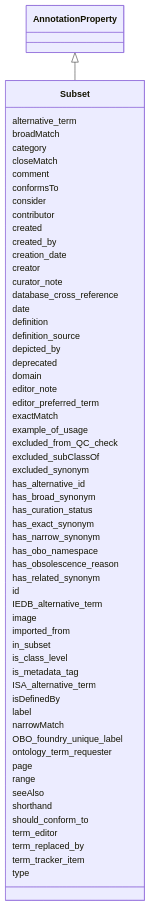
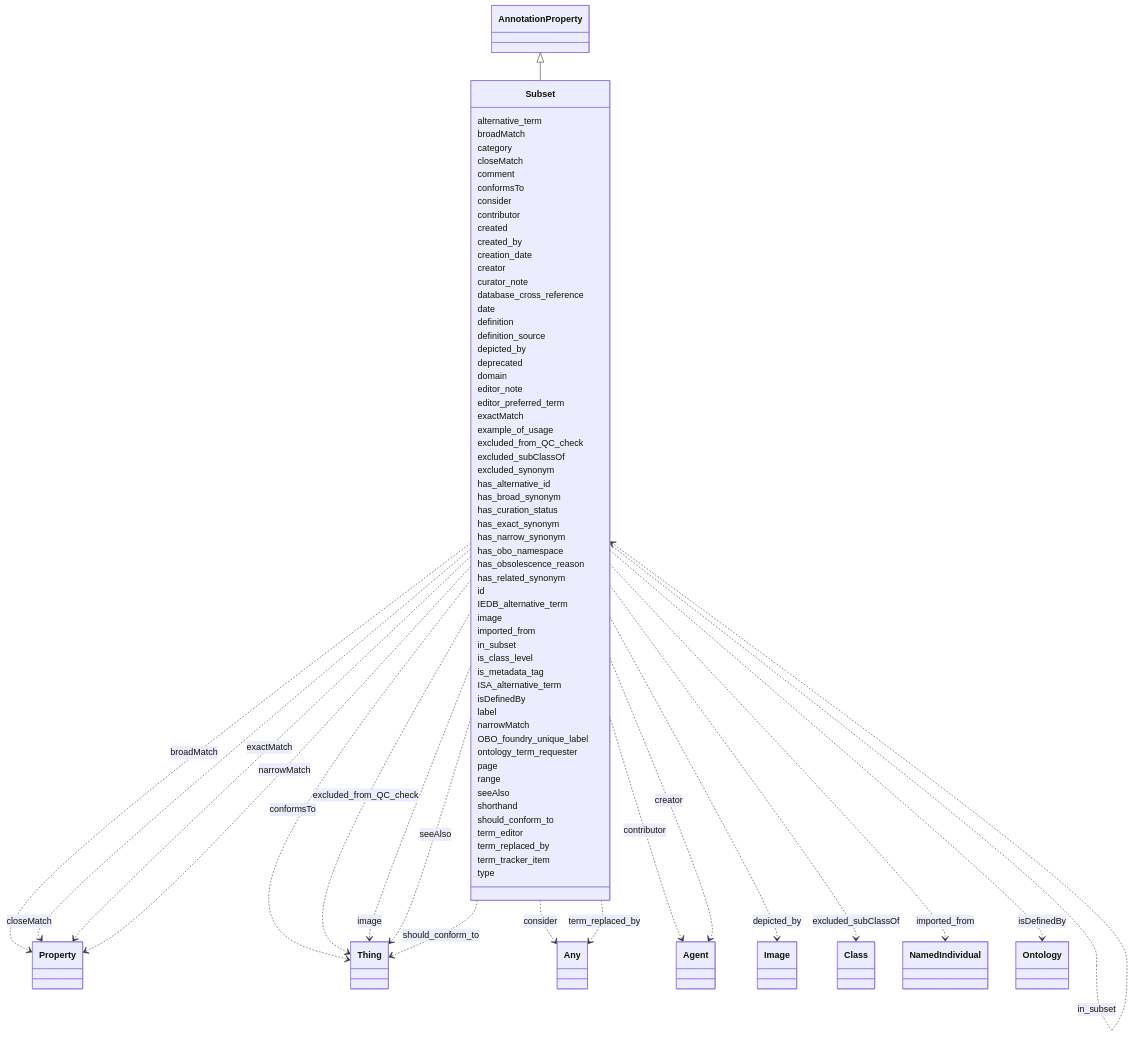
One commit to INCATools/ontology-access-kit changed the diagram in ontology-metadata/Subset.md. Above: the diagram before and after it, drawn with Mermaid. The commit also changed other lines of this file and 1783 other files, not shown here.

````diff
--- a/ontology-metadata/Subset.md
+++ b/ontology-metadata/Subset.md
@@ -14,61 +14,154 @@
       AnnotationProperty <|-- Subset
       
       Subset : alternative_term
+        
       Subset : broadMatch
+        
+          Subset ..> Property : broadMatch
+        
       Subset : category
+        
       Subset : closeMatch
+        
+          Subset ..> Property : closeMatch
+        
       Subset : comment
+        
       Subset : conformsTo
+        
+          Subset ..> Thing : conformsTo
+        
       Subset : consider
+        
+          Subset ..> Any : consider
+        
       Subset : contributor
+        
+          Subset ..> Agent : contributor
+        
       Subset : created
+        
       Subset : created_by
+        
       Subset : creation_date
+        
       Subset : creator
+        
+          Subset ..> Agent : creator
+        
       Subset : curator_note
+        
       Subset : database_cross_reference
+        
       Subset : date
+        
       Subset : definition
+        
       Subset : definition_source
+        
       Subset : depicted_by
+        
+          Subset ..> Image : depicted_by
+        
       Subset : deprecated
+        
       Subset : domain
+        
       Subset : editor_note
+        
       Subset : editor_preferred_term
+        
       Subset : exactMatch
+        
+          Subset ..> Property : exactMatch
+        
       Subset : example_of_usage
+        
       Subset : excluded_from_QC_check
+        
+          Subset ..> Thing : excluded_from_QC_check
+        
       Subset : excluded_subClassOf
+        
+          Subset ..> Class : excluded_subClassOf
+        
       Subset : excluded_synonym
+        
       Subset : has_alternative_id
+        
       Subset : has_broad_synonym
+        
       Subset : has_curation_status
+        
       Subset : has_exact_synonym
+        
       Subset : has_narrow_synonym
+        
       Subset : has_obo_namespace
+        
       Subset : has_obsolescence_reason
+        
       Subset : has_related_synonym
+        
       Subset : id
+        
       Subset : IEDB_alternative_term
+        
       Subset : image
+        
+          Subset ..> Thing : image
+        
       Subset : imported_from
+        
+          Subset ..> NamedIndividual : imported_from
+        
       Subset : in_subset
+        
+          Subset ..> Subset : in_subset
+        
       Subset : is_class_level
+        
       Subset : is_metadata_tag
+        
       Subset : ISA_alternative_term
+        
       Subset : isDefinedBy
+        
+          Subset ..> Ontology : isDefinedBy
+        
       Subset : label
+        
       Subset : narrowMatch
+        
+          Subset ..> Property : narrowMatch
+        
       Subset : OBO_foundry_unique_label
+        
       Subset : ontology_term_requester
+        
       Subset : page
+        
       Subset : range
+        
       Subset : seeAlso
+        
+          Subset ..> Thing : seeAlso
+        
       Subset : shorthand
+        
       Subset : should_conform_to
+        
+          Subset ..> Thing : should_conform_to
+        
       Subset : term_editor
+        
       Subset : term_replaced_by
+        
+          Subset ..> Any : term_replaced_by
+        
       Subset : term_tracker_item
+        
       Subset : type
+        
       
 ```
````
